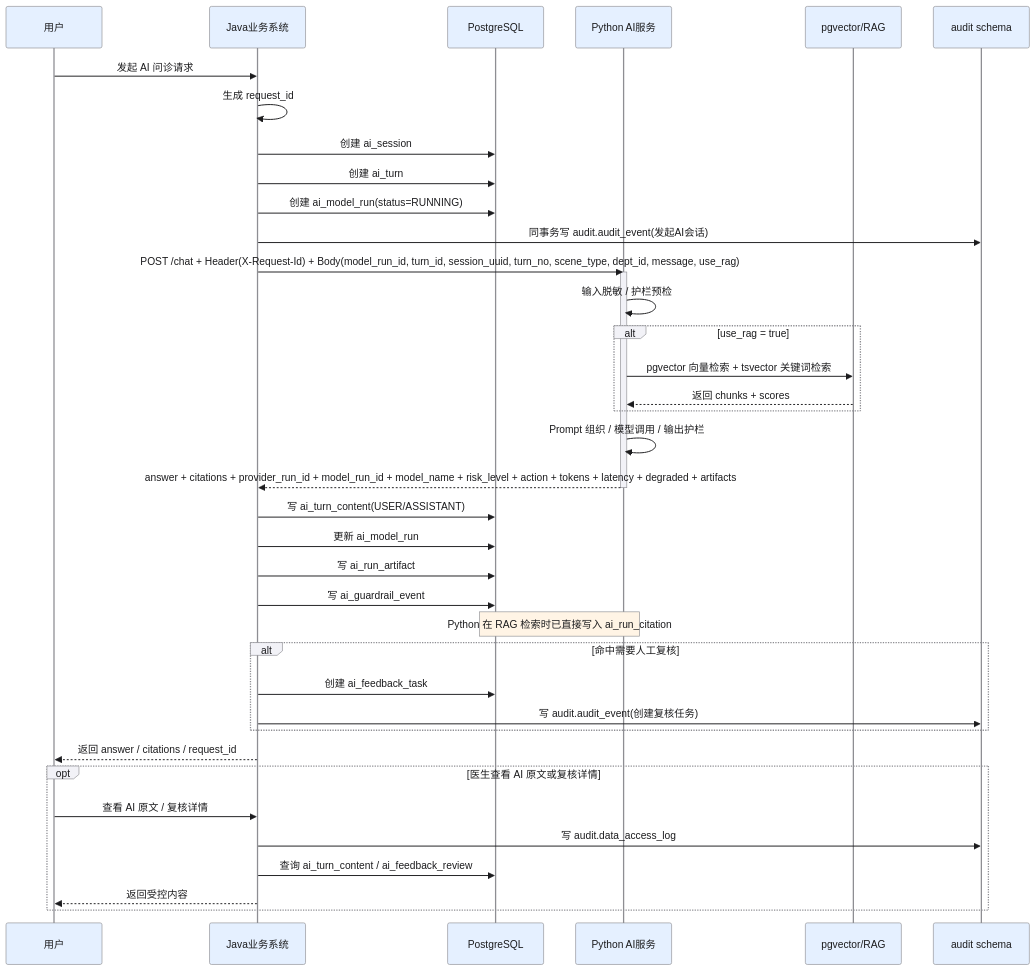
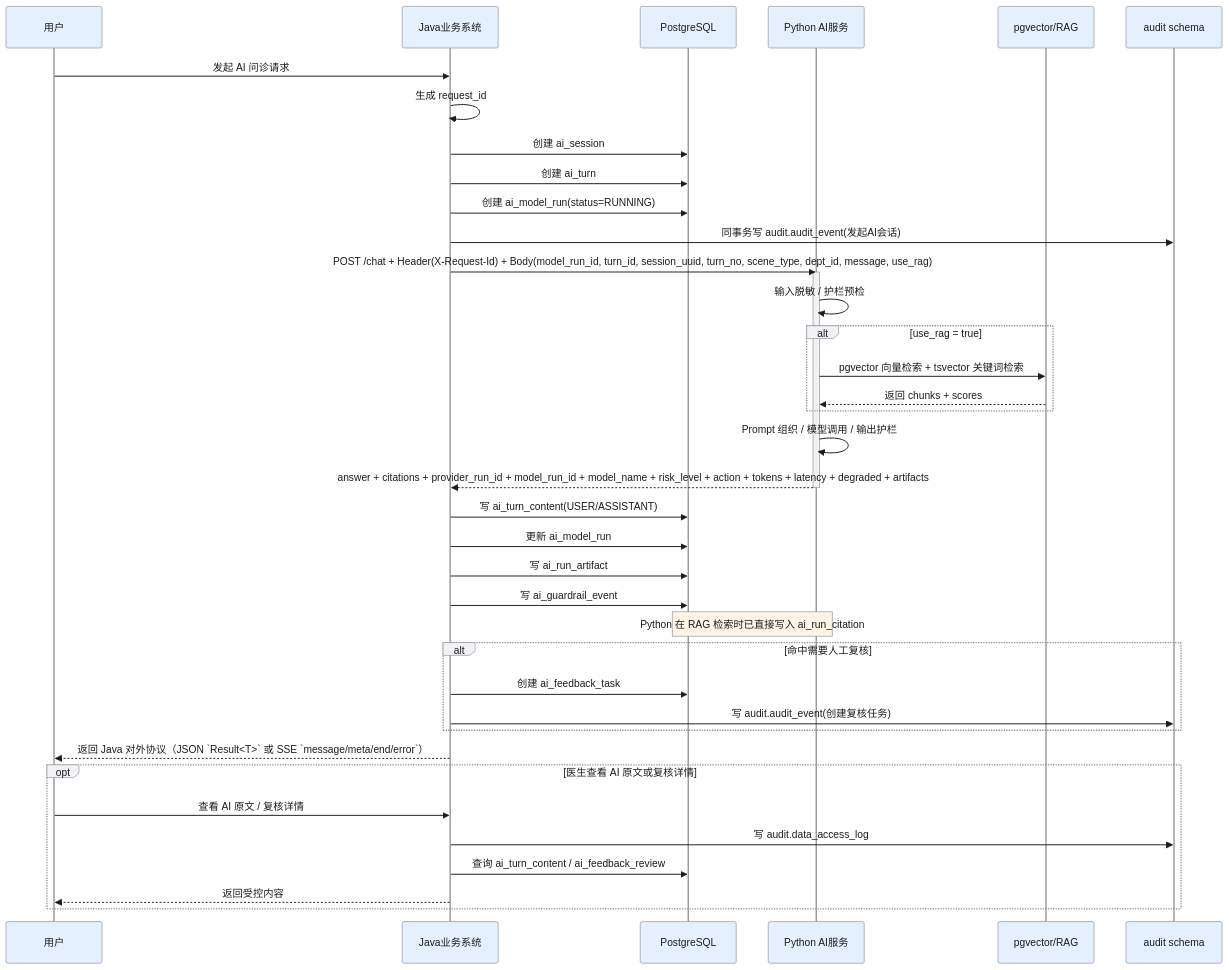
The third of 3 diagrams in docs/07B-AI-AUDIT-V3.md (JianwenShaw/MediAskDocs), drawn with Mermaid before and after one commit. The commit also changed other lines of this file and 20 other files, not shown here.

````diff
--- a/docs/07B-AI-AUDIT-V3.md
+++ b/docs/07B-AI-AUDIT-V3.md
@@ -650,50 +654,50 @@
 ```mermaid
 %%{init: {'theme': 'base', 'themeVariables': {'primaryColor': '#E5F0FF', 'primaryTextColor': '#1C1C1E', 'primaryBorderColor': '#007AFF', 'lineColor': '#8E8E93', 'actorBkg': '#E5F0FF', 'actorTextColor': '#1C1C1E', 'actorBorder': '#8E8E93', 'activationBorderColor': '#8E8E93', 'activationBkgColor': '#F2F2F7', 'sequenceNumberColor': '#FFFFFF', 'signalColor': '#1C1C1E', 'labelBoxBkgColor': '#F2F2F7', 'labelBoxBorderColor': '#8E8E93', 'labelTextColor': '#1C1C1E', 'loopTextColor': '#1C1C1E', 'noteBkgColor': '#FFF4E5', 'noteTextColor': '#1C1C1E', 'noteBorderColor': '#8E8E93'}}}%%
 sequenceDiagram
     participant User as 用户
     participant Java as Java业务系统
     participant DB as PostgreSQL
     participant Py as Python AI服务
     participant Vector as pgvector/RAG
     participant AuditDB as audit schema
 
     User->>Java: 发起 AI 问诊请求
     Java->>Java: 生成 request_id
     Java->>DB: 创建 ai_session
     Java->>DB: 创建 ai_turn
     Java->>DB: 创建 ai_model_run(status=RUNNING)
     Java->>AuditDB: 同事务写 audit.audit_event(发起AI会话)
 
     Java->>Py: POST /chat + Header(X-Request-Id) + Body(model_run_id, turn_id, session_uuid, turn_no, scene_type, dept_id, message, use_rag)
     activate Py
 
     Py->>Py: 输入脱敏 / 护栏预检
     alt use_rag = true
         Py->>Vector: pgvector 向量检索 + tsvector 关键词检索
         Vector-->>Py: 返回 chunks + scores
     end
 
     Py->>Py: Prompt 组织 / 模型调用 / 输出护栏
     Py-->>Java: answer + citations + provider_run_id + model_run_id + model_name + risk_level + action + tokens + latency + degraded + artifacts
     deactivate Py
 
     Java->>DB: 写 ai_turn_content(USER/ASSISTANT)
     Java->>DB: 更新 ai_model_run
     Java->>DB: 写 ai_run_artifact
     Java->>DB: 写 ai_guardrail_event
     Note over Py,DB: Python 在 RAG 检索时已直接写入 ai_run_citation
 
     alt 命中需要人工复核
         Java->>DB: 创建 ai_feedback_task
         Java->>AuditDB: 写 audit.audit_event(创建复核任务)
     end
 
-    Java-->>User: 返回 answer / citations / request_id
+    Java-->>User: 返回 Java 对外协议（JSON `Result<T>` 或 SSE `message/meta/end/error`）
 
     opt 医生查看 AI 原文或复核详情
         User->>Java: 查看 AI 原文 / 复核详情
         Java->>AuditDB: 写 audit.data_access_log
         Java->>DB: 查询 ai_turn_content / ai_feedback_review
         Java-->>User: 返回受控内容
     end
 ```
````
